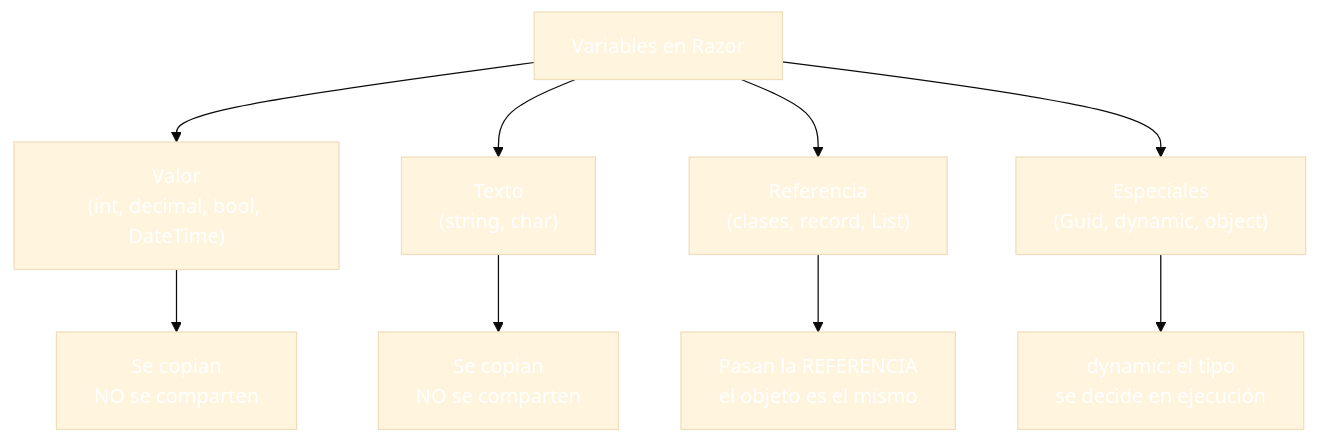
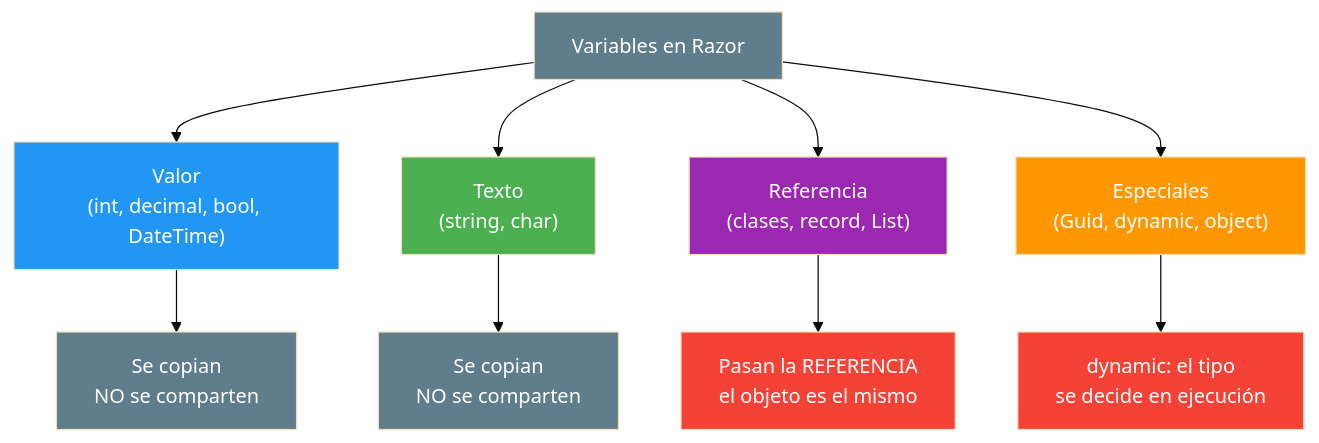
Before and after one commit to joseluisgs/DesarrolloWebEntornosServidor-03-2026-2027: the fourth of 6 diagrams in 02-directivas-sintaxis.md, drawn with Mermaid (base theme). The commit also changed other lines of this file and 25 other files, not shown here.

Commit message:
docs: corregir los estilos Mermaid de los temas y alinear el dominio del tema 25 con ProductosApp

````diff
--- a/02-directivas-sintaxis.md
+++ b/02-directivas-sintaxis.md
@@ -438,22 +438,22 @@
 ```mermaid
 graph TD
     A["Variables en Razor"] --> B["Valor<br/>(int, decimal, bool, DateTime)"]
     A --> C["Texto<br/>(string, char)"]
     A --> D["Referencia<br/>(clases, record, List)"]
     A --> E["Especiales<br/>(Guid, dynamic, object)"]
 
     B --> B1["Se copian<br/>NO se comparten"]
     C --> C1["Se copian<br/>NO se comparten"]
     D --> D1["Pasan la REFERENCIA<br/>el objeto es el mismo"]
     E --> E1["dynamic: el tipo<br/>se decide en ejecución"]
 
-    style A fill:#607D8,color:#fffB,color:#fff
-    style B fill:#2196F,color:#fff3,color:#fff
-    style C fill:#4CAF5,color:#fff0,color:#fff
-    style D fill:#9C27B,color:#fff0,color:#fff
-    style E fill:#FF980,color:#fff0,color:#fff
-    style B1 fill:#607D8,color:#fffB,color:#fff
-    style C1 fill:#607D8,color:#fffB,color:#fff
-    style D1 fill:#f4433,color:#fff6,color:#fff
-    style E1 fill:#f4433,color:#fff6,color:#fff
+    style A fill:#607D8B,color:#fff
+    style B fill:#2196F3,color:#fff
+    style C fill:#4CAF50,color:#fff
+    style D fill:#9C27B0,color:#fff
+    style E fill:#FF9800,color:#fff
+    style B1 fill:#607D8B,color:#fff
+    style C1 fill:#607D8B,color:#fff
+    style D1 fill:#f44336,color:#fff
+    style E1 fill:#f44336,color:#fff
 ```
````
